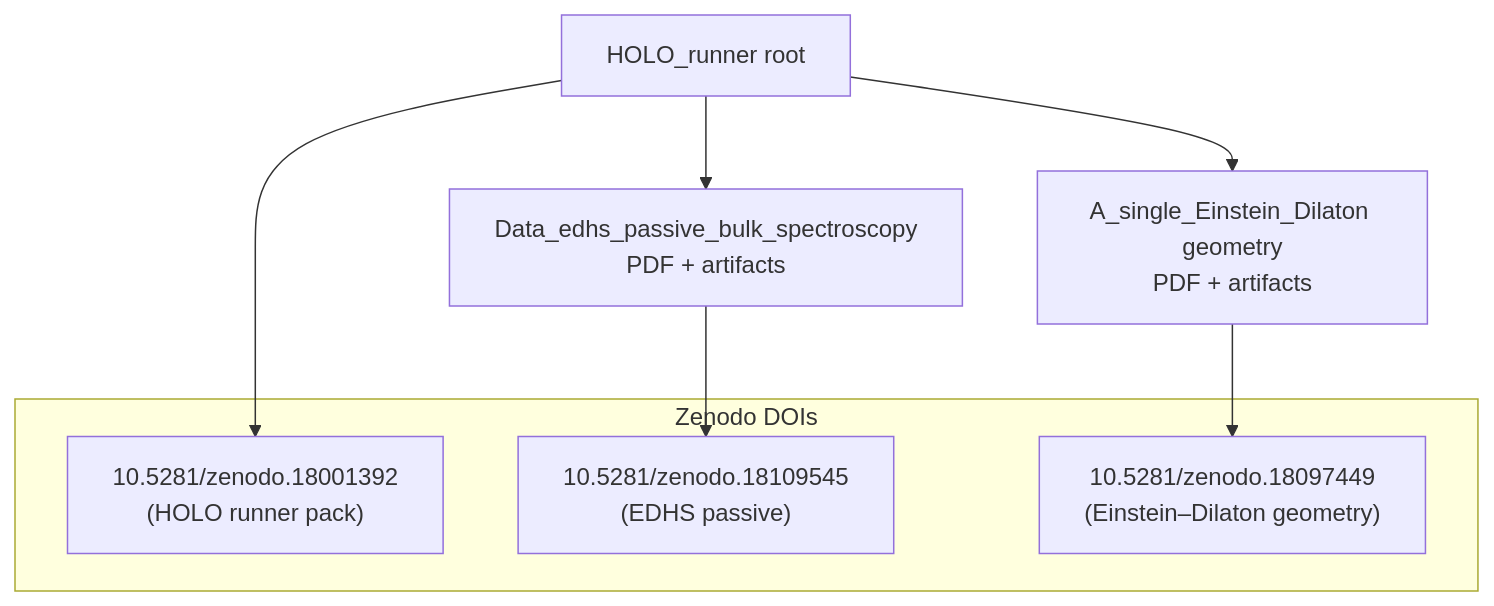
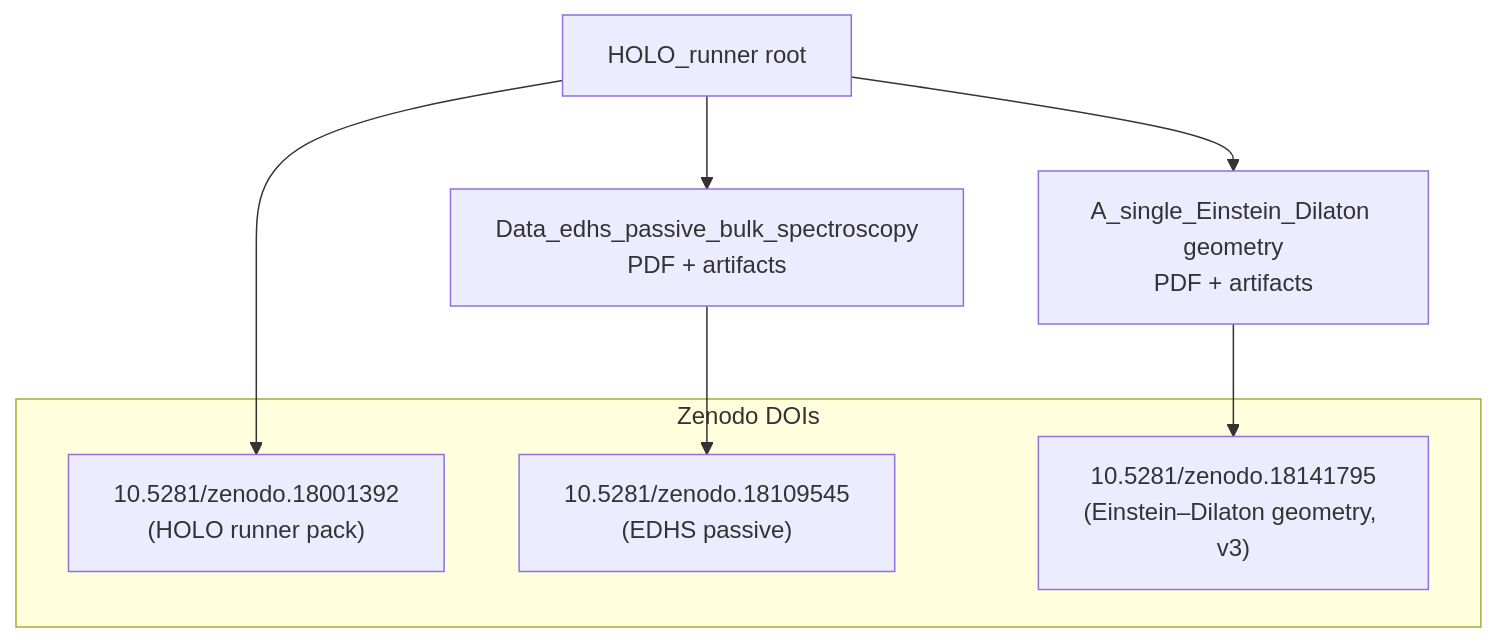
The diagram in README.md (RAPIDENN/HOLO_runner), drawn with Mermaid before and after one commit. The commit also changed other lines of this file and 20 other files, not shown here.

````diff
--- a/README.md
+++ b/README.md
@@ -40,20 +40,20 @@
 ```mermaid
 flowchart TD
     A["HOLO_runner root"] --> B["Data_edhs_passive_bulk_spectroscopy<br/>PDF + artifacts"]
     A --> D["A_single_Einstein_Dilaton geometry<br/>PDF + artifacts"]
 
     subgraph Zenodo DOIs
         Z1["10.5281/zenodo.18001392<br/>(HOLO runner pack)"]
         Z2["10.5281/zenodo.18109545<br/>(EDHS passive)"]
-        Z3["10.5281/zenodo.18097449<br/>(Einstein–Dilaton geometry)"]
+        Z3["10.5281/zenodo.18141795<br/>(Einstein–Dilaton geometry, v3)"]
     end
     A --> Z1
     B --> Z2
     D --> Z3
 
     click B "https://github.com/RAPIDENN/HOLO_runner/tree/master/Data_edhs_passive_bulk_spectroscopy" "Open on GitHub"
     click D "https://github.com/RAPIDENN/HOLO_runner/tree/master/A_single_Einstein_Dilaton%20geometry" "Open on GitHub"
     click Z1 "https://doi.org/10.5281/zenodo.18001392" "Open Zenodo"
     click Z2 "https://doi.org/10.5281/zenodo.18109545" "Open Zenodo"
-    click Z3 "https://doi.org/10.5281/zenodo.18097449" "Open Zenodo"
+    click Z3 "https://doi.org/10.5281/zenodo.18141795" "Open Zenodo"
 ```
````
